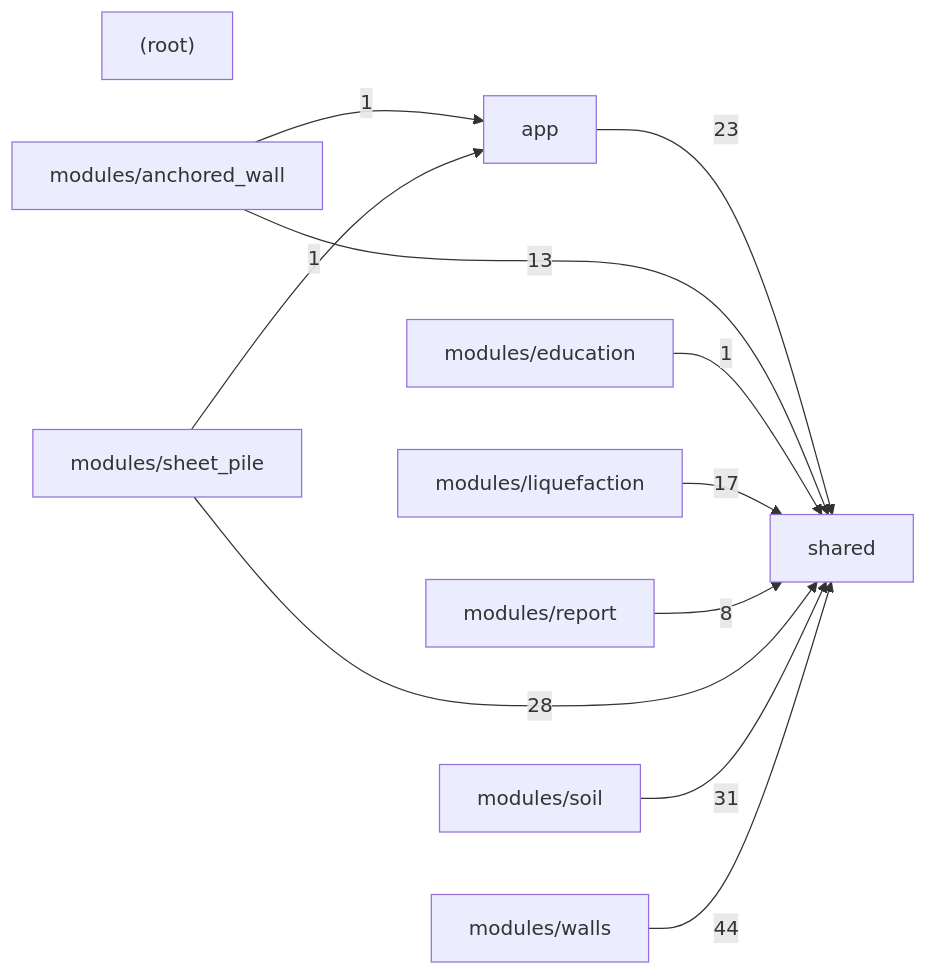
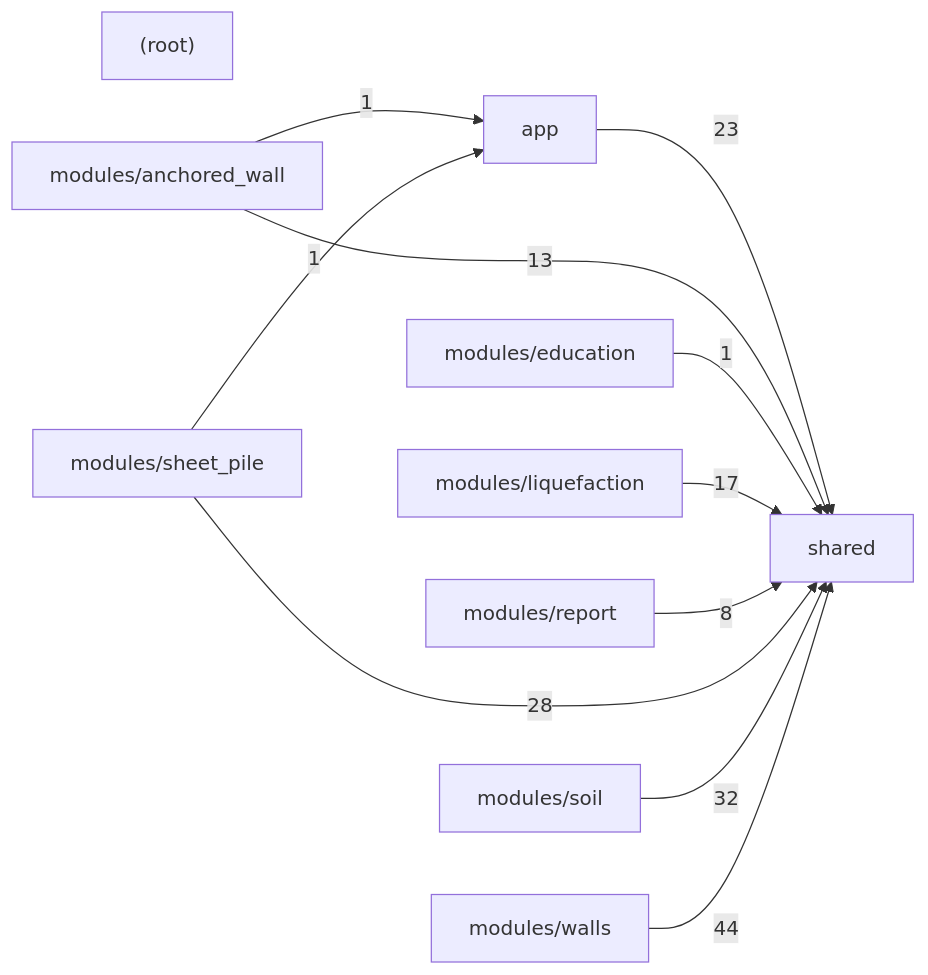
One commit to umutsertkaya/Foundation_Engineering_Program changed the second of 2 diagrams in docs/CODE_MAP.md. Above: the diagram before and after it, drawn with Mermaid. The commit also changed other lines of this file and 16 other files, not shown here.

````diff
--- a/docs/CODE_MAP.md
+++ b/docs/CODE_MAP.md
@@ -608,23 +610,23 @@
 ```mermaid
 graph LR
   _root_["(root)"]
   app["app"]
   modules_anchored_wall["modules/anchored_wall"]
   modules_education["modules/education"]
   modules_liquefaction["modules/liquefaction"]
   modules_report["modules/report"]
   modules_sheet_pile["modules/sheet_pile"]
   modules_soil["modules/soil"]
   modules_walls["modules/walls"]
   shared["shared"]
   app -->|23| shared
   modules_anchored_wall -->|1| app
   modules_anchored_wall -->|13| shared
   modules_education -->|1| shared
   modules_liquefaction -->|17| shared
   modules_report -->|8| shared
   modules_sheet_pile -->|1| app
   modules_sheet_pile -->|28| shared
-  modules_soil -->|31| shared
+  modules_soil -->|32| shared
   modules_walls -->|44| shared
 ```
````
